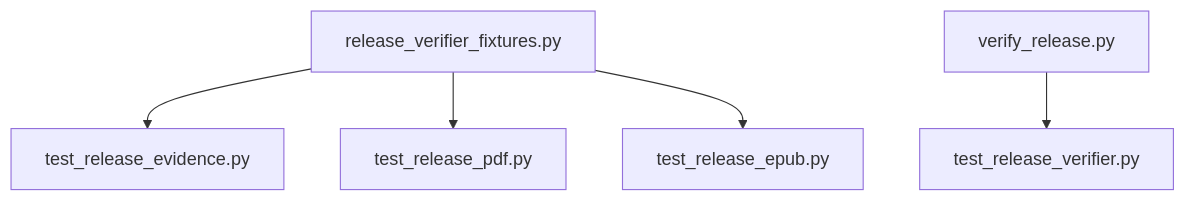
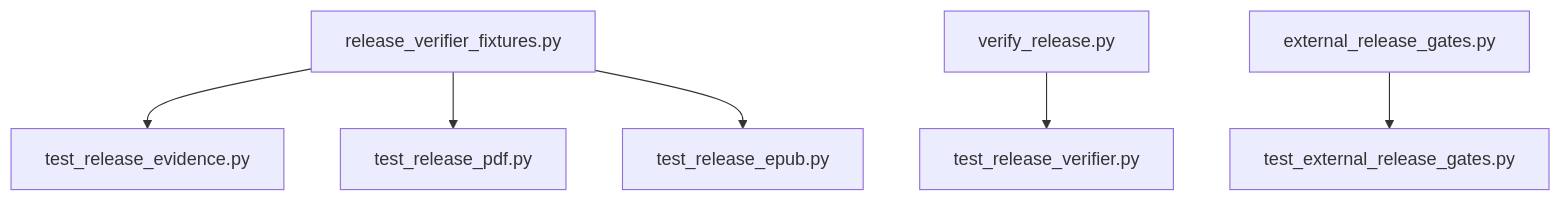
The second of 5 diagrams in tests/AGENTS.md (streamentry/streamentry), drawn with Mermaid before and after one commit. The commit also changed other lines of this file and 32 other files, not shown here.

First line of the commit message:
Deepen Stream-entry guide and operationalize release gates (#7)

````diff
--- a/tests/AGENTS.md
+++ b/tests/AGENTS.md
@@ -35,7 +37,8 @@
 ```mermaid
 flowchart TB
   X["release_verifier_fixtures.py"] --> E["test_release_evidence.py"]
   X --> P["test_release_pdf.py"]
   X --> U["test_release_epub.py"]
   V["verify_release.py"] --> I["test_release_verifier.py"]
+  G["external_release_gates.py"] --> Q["test_external_release_gates.py"]
 ```
````
